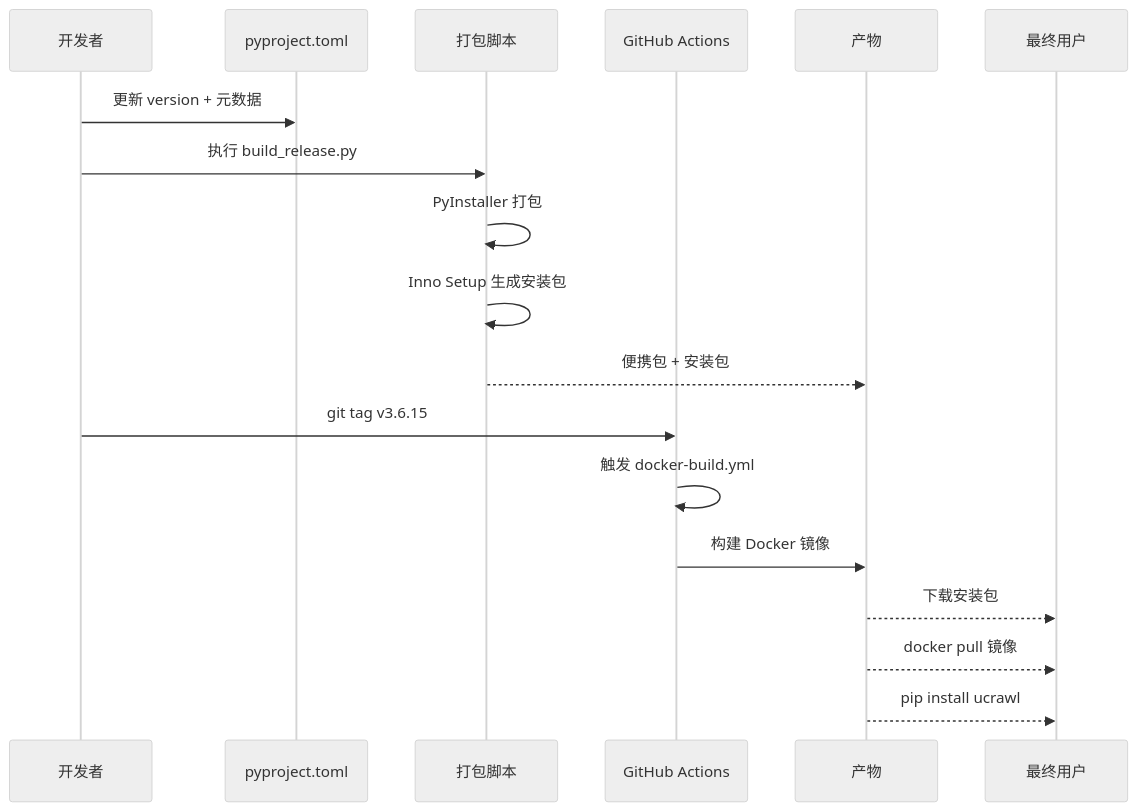
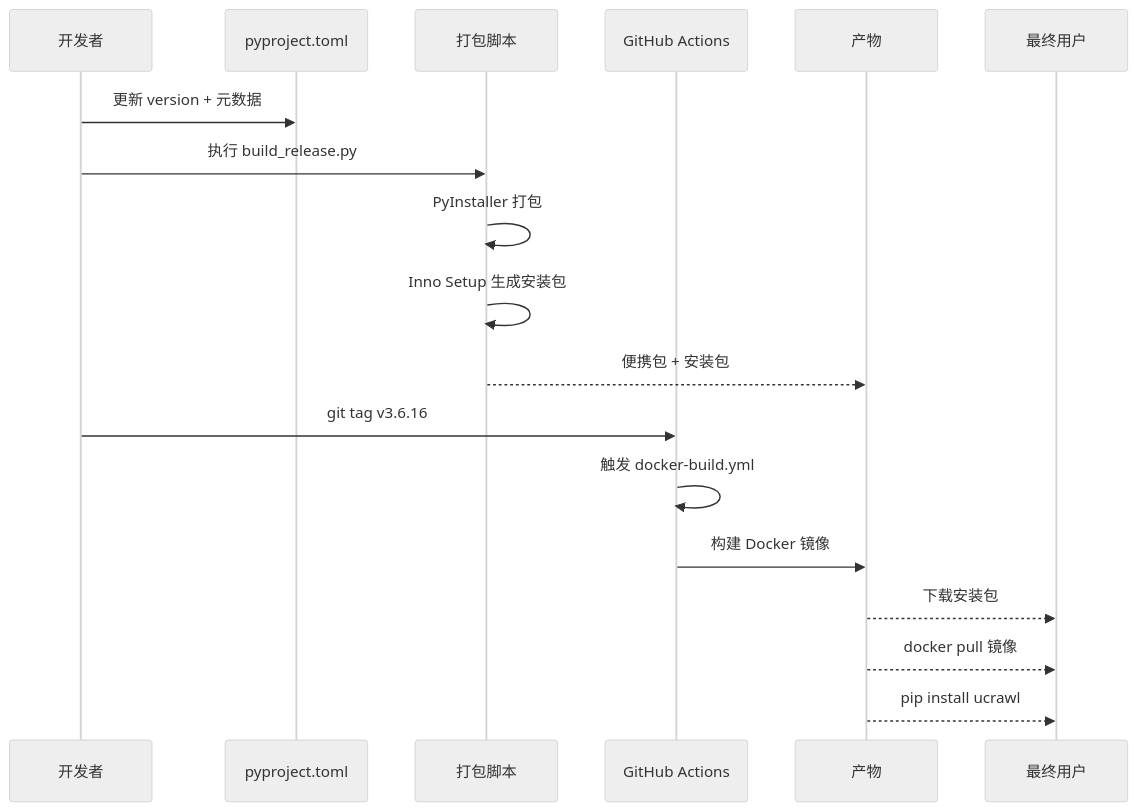
One commit to haohaizi554/UniversalCrawler changed the fifth of 5 diagrams in mermaid/10-packaging-and-delivery.md. Above: the diagram before and after it, drawn with Mermaid (neutral theme). The commit also changed other lines of this file and 22 other files, not shown here.

````diff
--- a/mermaid/10-packaging-and-delivery.md
+++ b/mermaid/10-packaging-and-delivery.md
@@ -151,23 +151,23 @@
 ```mermaid
 sequenceDiagram
     participant Dev as 开发者
     participant Ver as pyproject.toml
     participant Build as 打包脚本
     participant CI as GitHub Actions
     participant Artifact as 产物
     participant User as 最终用户
 
     Dev->>Ver: 更新 version + 元数据
     Dev->>Build: 执行 build_release.py
     Build->>Build: PyInstaller 打包
     Build->>Build: Inno Setup 生成安装包
     Build-->>Artifact: 便携包 + 安装包
     
-    Dev->>CI: git tag v3.6.15
+    Dev->>CI: git tag v3.6.16
     CI->>CI: 触发 docker-build.yml
     CI->>Artifact: 构建 Docker 镜像
     
     Artifact-->>User: 下载安装包
     Artifact-->>User: docker pull 镜像
     Artifact-->>User: pip install ucrawl
 ```
````
